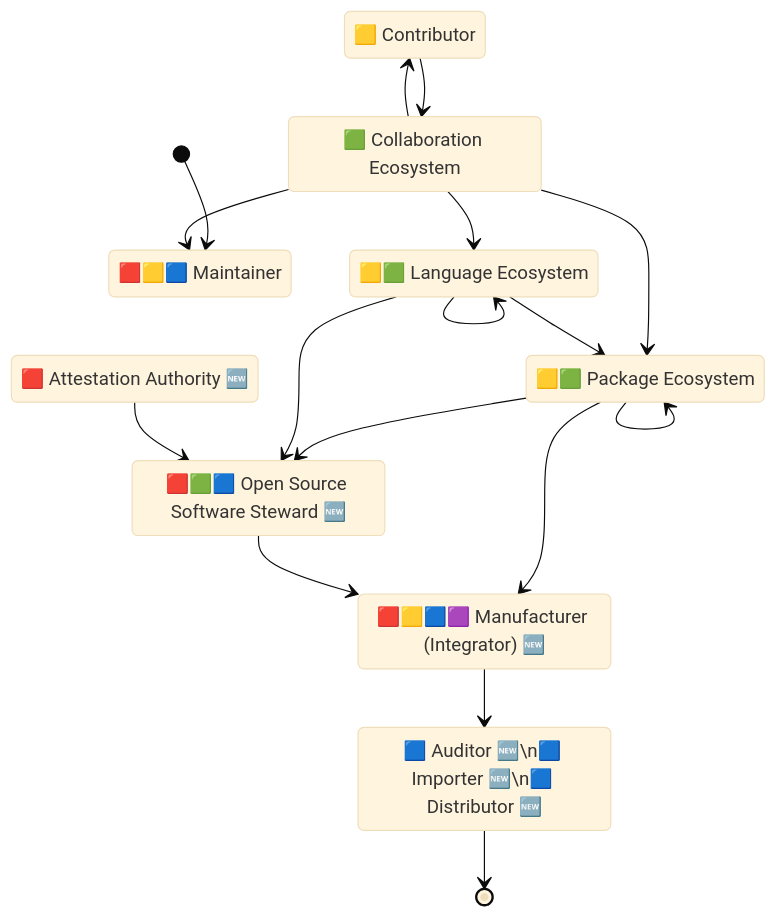
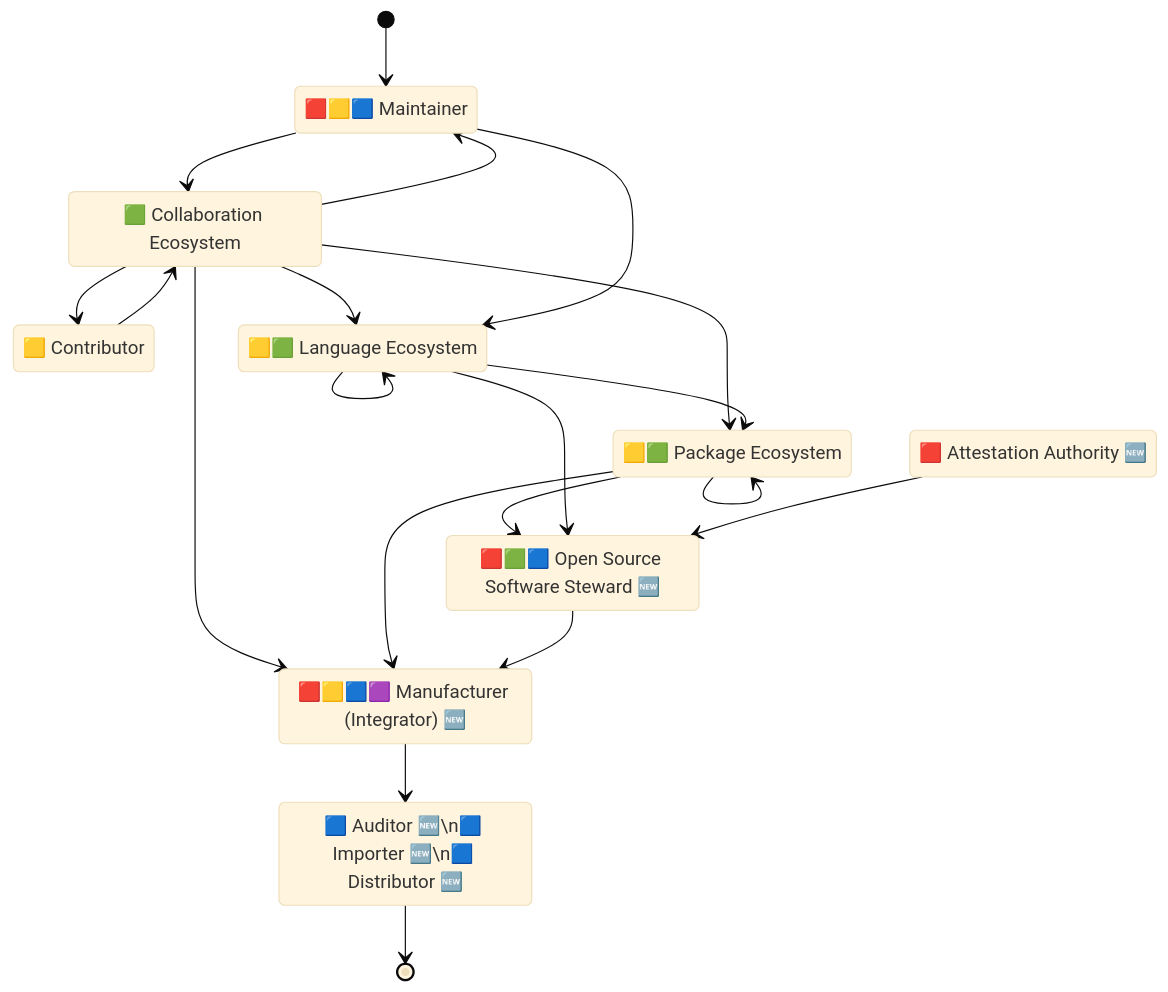
Before and after one commit to CPAN-Security/security.metacpan.org: the first of 2 diagrams in docs/eu-cra-summary.md, drawn with Mermaid (base theme).

Commit message:
Add a few more links from/to the manufacturer

````diff
--- a/docs/eu-cra-summary.md
+++ b/docs/eu-cra-summary.md
@@ -136,35 +136,37 @@
 ```mermaid
 stateDiagram-v2
     direction TB
 
     state "🟥🟨🟦 Maintainer" as environment_maintainer
     state "🟨 Contributor" as environment_contributor
     state "🟩 Collaboration Ecosystem" as ecosystem_repo
     state "🟨🟩 Language Ecosystem" as ecosystem_lang
     state "🟨🟩 Package Ecosystem" as ecosystem_package
     state "🟥 Attestation Authority 🆕" as authority_attestation
     state "🟥🟩🟦 Open Source Software Steward 🆕" as ecosystem_steward
     state "🟥🟨🟦🟪 Manufacturer (Integrator) 🆕" as environment_manufacturer
     state "🟦 Auditor 🆕\n🟦 Importer 🆕\n🟦 Distributor 🆕" as authority_auditor
 
     [*]                      --> environment_maintainer
     ecosystem_repo           --> environment_maintainer
     ecosystem_repo           --> environment_contributor
     ecosystem_repo           --> ecosystem_package
     ecosystem_repo           --> ecosystem_lang
-
+    ecosystem_repo           --> environment_manufacturer
+    environment_maintainer   --> ecosystem_repo
+    environment_maintainer   --> ecosystem_lang
     environment_contributor  --> ecosystem_repo
     ecosystem_lang           --> ecosystem_lang
     ecosystem_lang           --> ecosystem_package
     ecosystem_package        --> ecosystem_package
     ecosystem_package        --> ecosystem_steward
     ecosystem_lang           --> ecosystem_steward
     authority_attestation    --> ecosystem_steward
     ecosystem_package        --> environment_manufacturer
     ecosystem_steward        --> environment_manufacturer
     environment_manufacturer --> authority_auditor
     authority_auditor        --> [*]
 
     %% Copyright © 2024 Salve J. Nilsen <sjn@oslo.pm>
     %% Some rights reserved. Licensed CC-BY-SA-4.0
 ```
````
